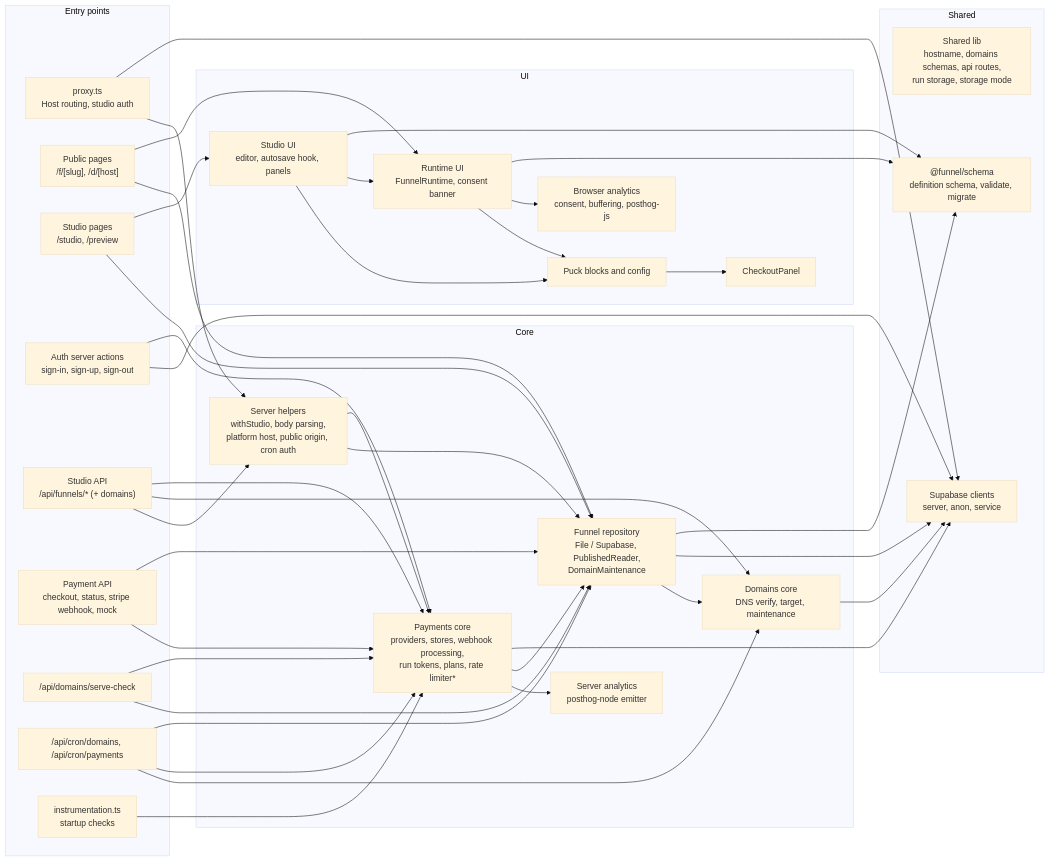
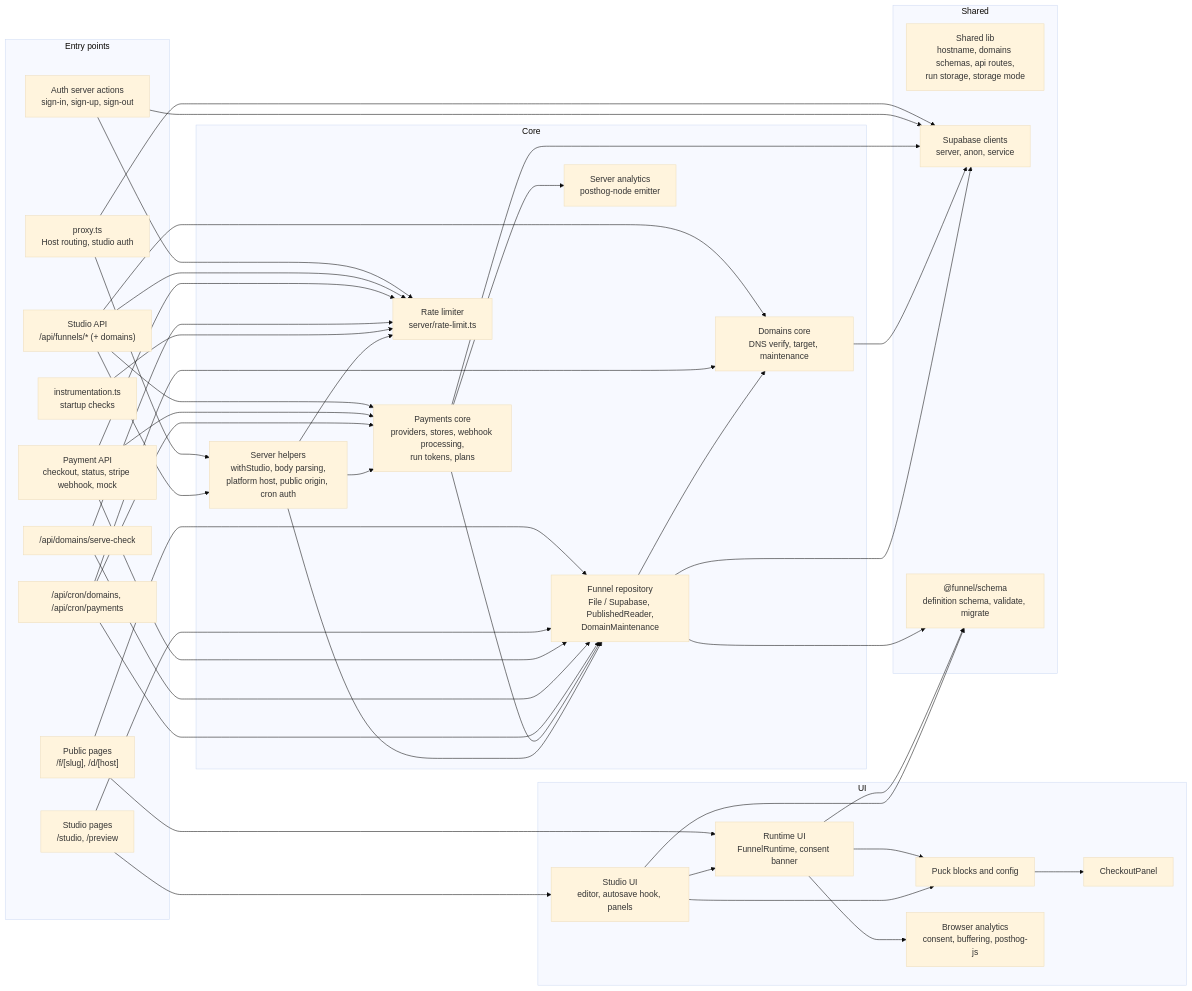
The third of 3 diagrams in docs/C4.md (arturklimovich-eng/vibefunel), drawn with Mermaid (base theme) before and after one commit. The commit also changed other lines of this file and 27 other files, not shown here.

First line of the commit message:
Move rate limiter out of payments, stop tracing the whole repo, favicon and robots

````diff
--- a/docs/C4.md
+++ b/docs/C4.md
@@ -104,72 +104,76 @@
 ```mermaid
 flowchart LR
   subgraph entry["Entry points"]
     mw["proxy.ts<br/>Host routing, studio auth"]
     pubpages["Public pages<br/>/f/[slug], /d/[host]"]
     studiopages["Studio pages<br/>/studio, /preview"]
     authact["Auth server actions<br/>sign-in, sign-up, sign-out"]
     apifunnels["Studio API<br/>/api/funnels/* (+ domains)"]
     apipay["Payment API<br/>checkout, status, stripe webhook, mock"]
     apiserve["/api/domains/serve-check"]
     apicron["/api/cron/domains, /api/cron/payments"]
     inst["instrumentation.ts<br/>startup checks"]
   end
 
   subgraph core["Core"]
     repo["Funnel repository<br/>File / Supabase, PublishedReader,<br/>DomainMaintenance"]
-    pay["Payments core<br/>providers, stores, webhook processing,<br/>run tokens, plans, rate limiter*"]
+    pay["Payments core<br/>providers, stores, webhook processing,<br/>run tokens, plans"]
+    rl["Rate limiter<br/>server/rate-limit.ts"]
     dom["Domains core<br/>DNS verify, target, maintenance"]
     helpers["Server helpers<br/>withStudio, body parsing,<br/>platform host, public origin, cron auth"]
     sanal["Server analytics<br/>posthog-node emitter"]
   end
 
   subgraph ui["UI"]
     studioui["Studio UI<br/>editor, autosave hook, panels"]
     runtimeui["Runtime UI<br/>FunnelRuntime, consent banner"]
     puck["Puck blocks and config"]
     checkout["CheckoutPanel"]
     banal["Browser analytics<br/>consent, buffering, posthog-js"]
   end
 
   subgraph shared["Shared"]
     lib["Shared lib<br/>hostname, domains schemas, api routes,<br/>run storage, storage mode"]
     sclients["Supabase clients<br/>server, anon, service"]
     schema["@funnel/schema<br/>definition schema, validate, migrate"]
   end
 
   mw --> helpers
   mw --> sclients
   pubpages --> repo
   pubpages --> runtimeui
   studiopages --> repo
   studiopages --> studioui
   authact --> sclients
-  authact --> pay
+  authact --> rl
   apifunnels --> helpers
   apifunnels --> dom
   apifunnels --> pay
+  apifunnels --> rl
   apipay --> pay
+  apipay --> rl
   apipay --> repo
   apiserve --> repo
-  apiserve --> pay
+  apiserve --> rl
   apicron --> dom
   apicron --> pay
   apicron --> repo
-  inst --> pay
+  inst --> rl
   pay --> sanal
   pay --> repo
   pay --> sclients
   dom --> sclients
   repo --> dom
   repo --> sclients
   helpers --> repo
   helpers --> pay
+  helpers --> rl
   runtimeui --> puck
   runtimeui --> banal
   puck --> checkout
   studioui --> puck
   studioui --> runtimeui
   repo --> schema
   runtimeui --> schema
   studioui --> schema
 ```
````
